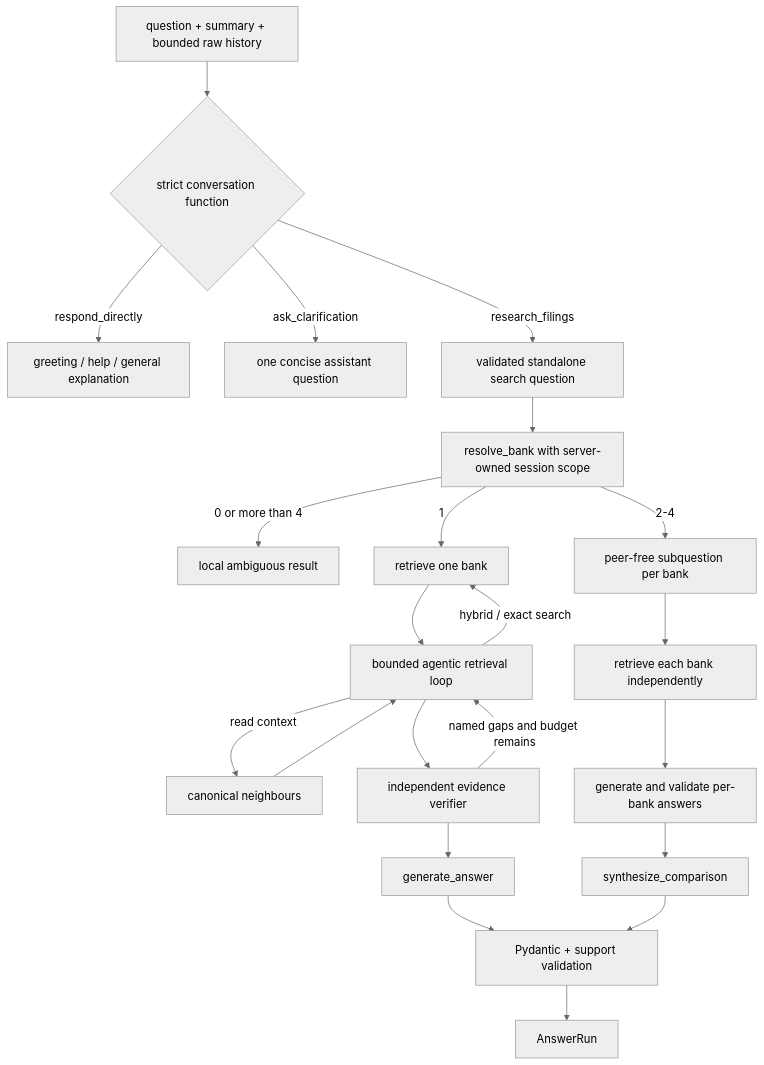
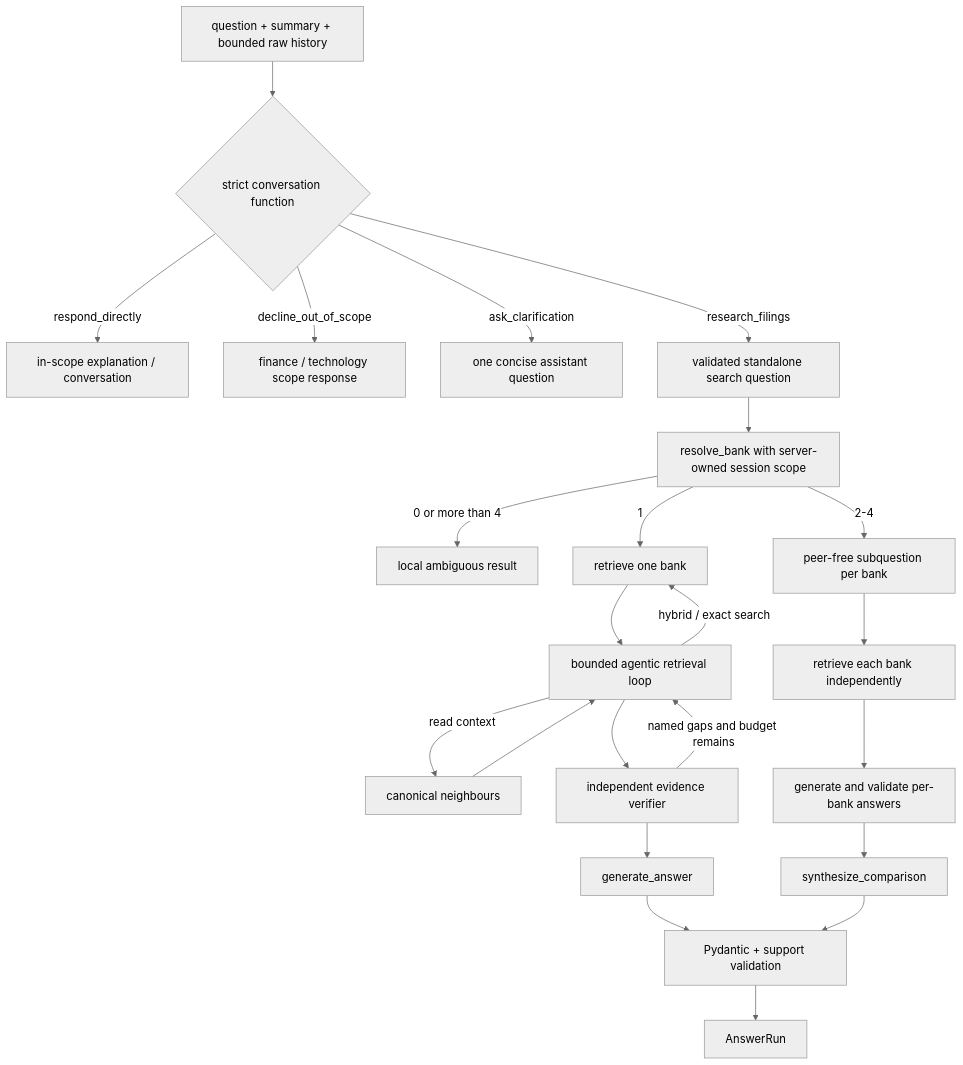
Before and after one commit to nikolabakic/Banking-Technology-and-Operational-Risk-Intelligence-Assistant: the diagram in src/bankscope/generation/README.md, drawn with Mermaid (neutral theme). The commit also changed other lines of this file and 12 other files, not shown here.

Commit message:
Refactor conversation routing to enforce finance and technology scope; update documentation and tests for out-of-scope handling

````diff
--- a/src/bankscope/generation/README.md
+++ b/src/bankscope/generation/README.md
@@ -5,24 +5,25 @@
 ```mermaid
 flowchart TD
     Question[question + summary + bounded raw history] --> FrontDoor{strict conversation function}
-    FrontDoor -->|respond_directly| General[greeting / help / general explanation]
+    FrontDoor -->|respond_directly| General[in-scope explanation / conversation]
+    FrontDoor -->|decline_out_of_scope| Scope[finance / technology scope response]
     FrontDoor -->|ask_clarification| Clarify[one concise assistant question]
     FrontDoor -->|research_filings| Context[validated standalone search question]
     Context --> Resolve[resolve_bank with server-owned session scope]
     Resolve -->|0 or more than 4| Ambiguous[local ambiguous result]
     Resolve -->|1| One[retrieve one bank]
     Resolve -->|2-4| Decompose[peer-free subquestion per bank]
     Decompose --> Many[retrieve each bank independently]
     One --> Loop[bounded agentic retrieval loop]
     Loop -->|hybrid / exact search| One
     Loop -->|read context| Expand[canonical neighbours]
     Expand --> Loop
     Loop --> Verify[independent evidence verifier]
     Verify -->|named gaps and budget remains| Loop
     Verify --> Generate[generate_answer]
     Many --> PerBank[generate and validate per-bank answers]
     PerBank --> Synthesize[synthesize_comparison]
     Generate --> Contract[Pydantic + support validation]
     Synthesize --> Contract
     Contract --> Result[AnswerRun]
 ```
````
